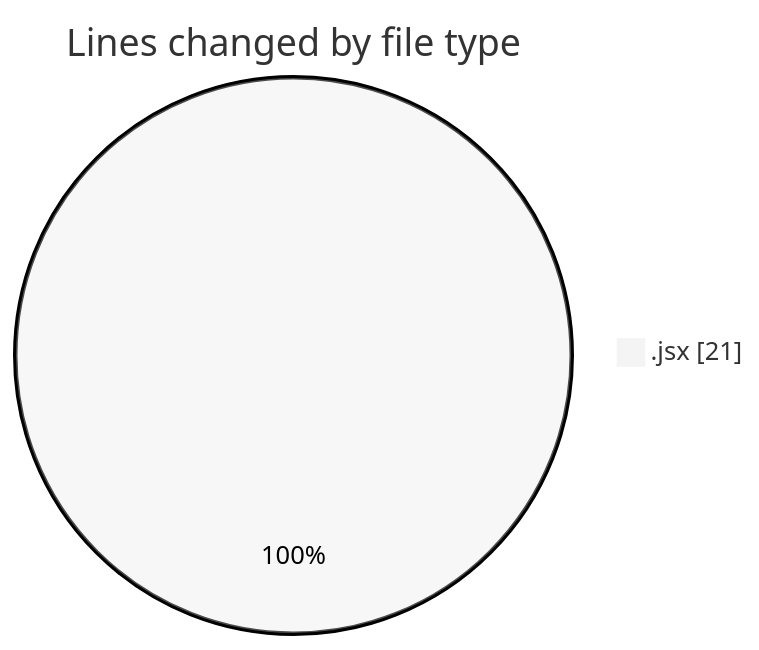
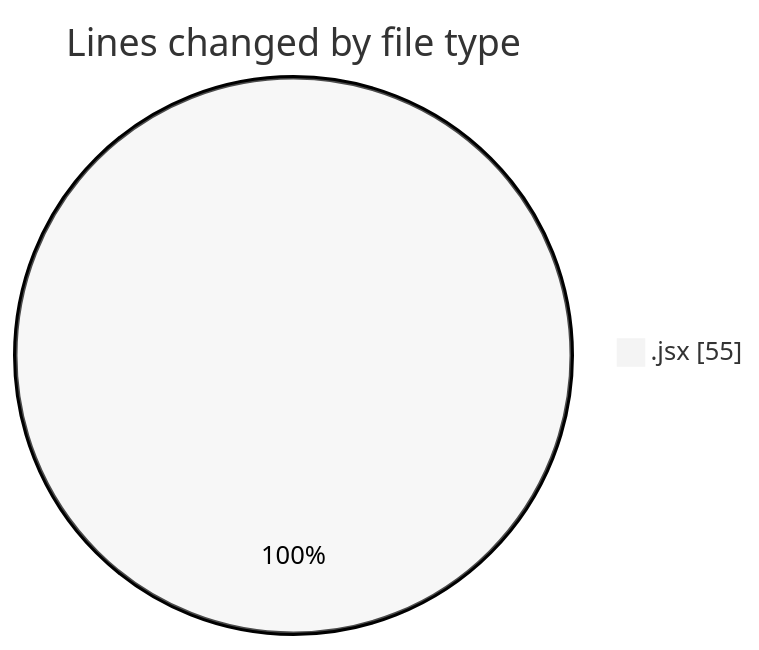
One commit to nxtqubesakshisongat/code-tracking changed the first of 2 diagrams in 2025-06-17/nxtqube_webapp/README.md. Above: the diagram before and after it, drawn with Mermaid (neutral theme). The commit also changed other lines of this file and 1 other file, not shown here.

````diff
--- a/2025-06-17/nxtqube_webapp/README.md
+++ b/2025-06-17/nxtqube_webapp/README.md
@@ -20,5 +20,5 @@
 ```mermaid
 pie showData
 title Lines changed by file type
-".jsx" : 21
+".jsx" : 55
 ```
````
